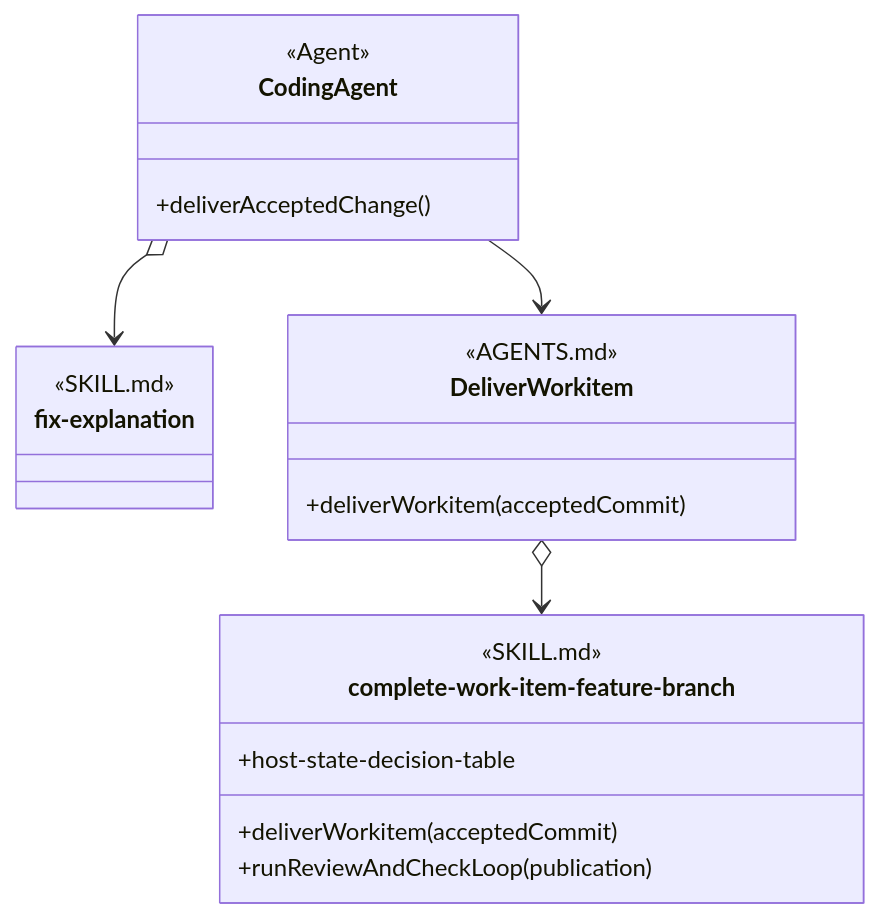
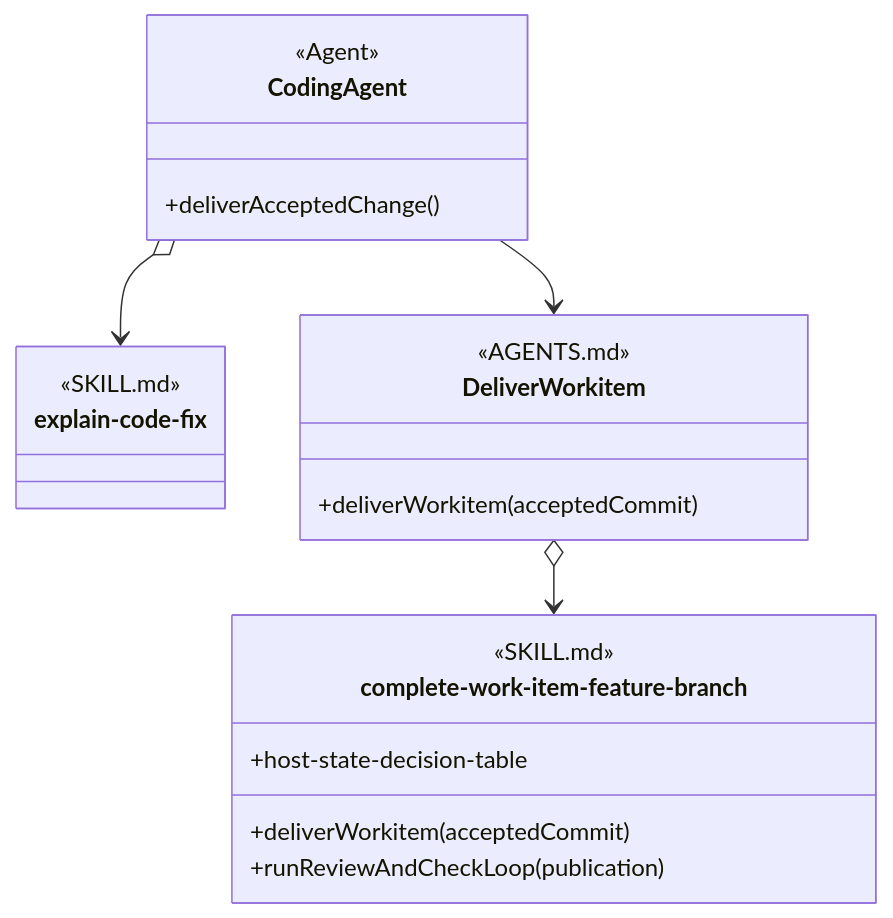
Diagram 15 of 16 in design/object-oriented-agent-and-skill-model.md (martinbechard/dev-methodology), drawn with Mermaid before and after one commit. The commit also changed other lines of this file and 17 other files, not shown here.

````diff
--- a/design/object-oriented-agent-and-skill-model.md
+++ b/design/object-oriented-agent-and-skill-model.md
@@ -690,31 +690,31 @@
 ```mermaid
 classDiagram
     direction TB
 
     class CodingAgent {
         <<Agent>>
         +deliverAcceptedChange()
     }
 
-    class fix-explanation {
+    class explain-code-fix {
         <<SKILL.md>>
         <<Agent Skill>>
     }
 
     class DeliverWorkitem {
         <<AGENTS.md>>
         +deliverWorkitem(acceptedCommit)
     }
 
     class complete-work-item-feature-branch {
         <<SKILL.md>>
         <<Injectable Skill>>
         +deliverWorkitem(acceptedCommit)
         +runReviewAndCheckLoop(publication)
         +host-state-decision-table
     }
 
-    CodingAgent o--> fix-explanation
+    CodingAgent o--> explain-code-fix
     CodingAgent --> DeliverWorkitem
     DeliverWorkitem o--> complete-work-item-feature-branch
 ```
````
